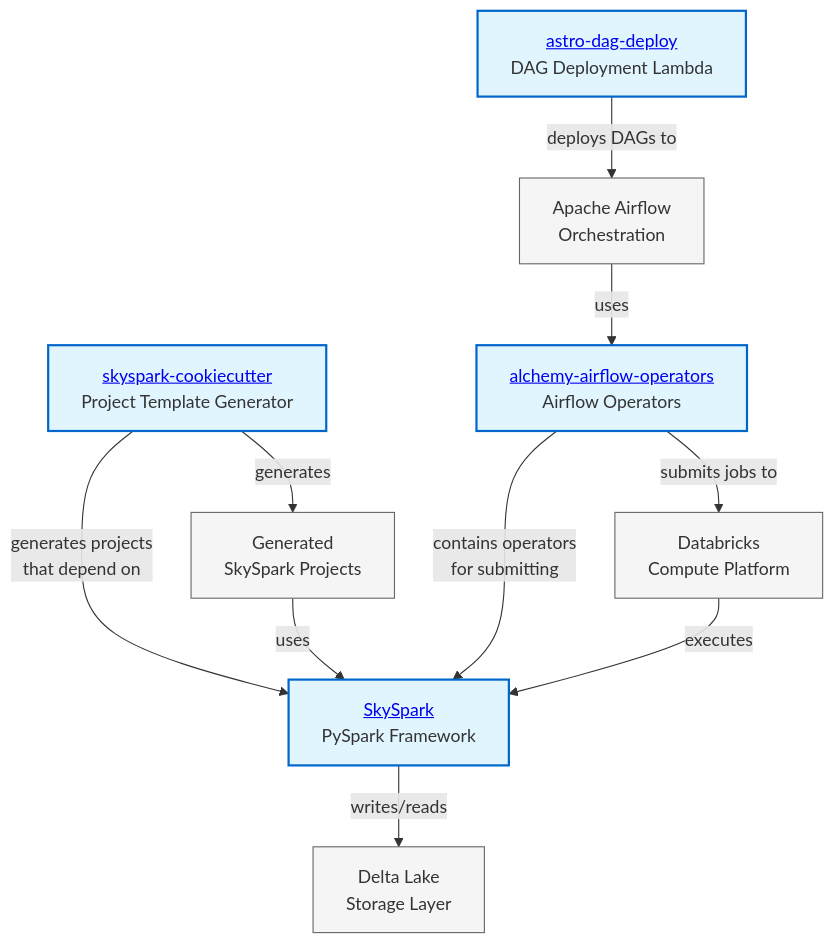
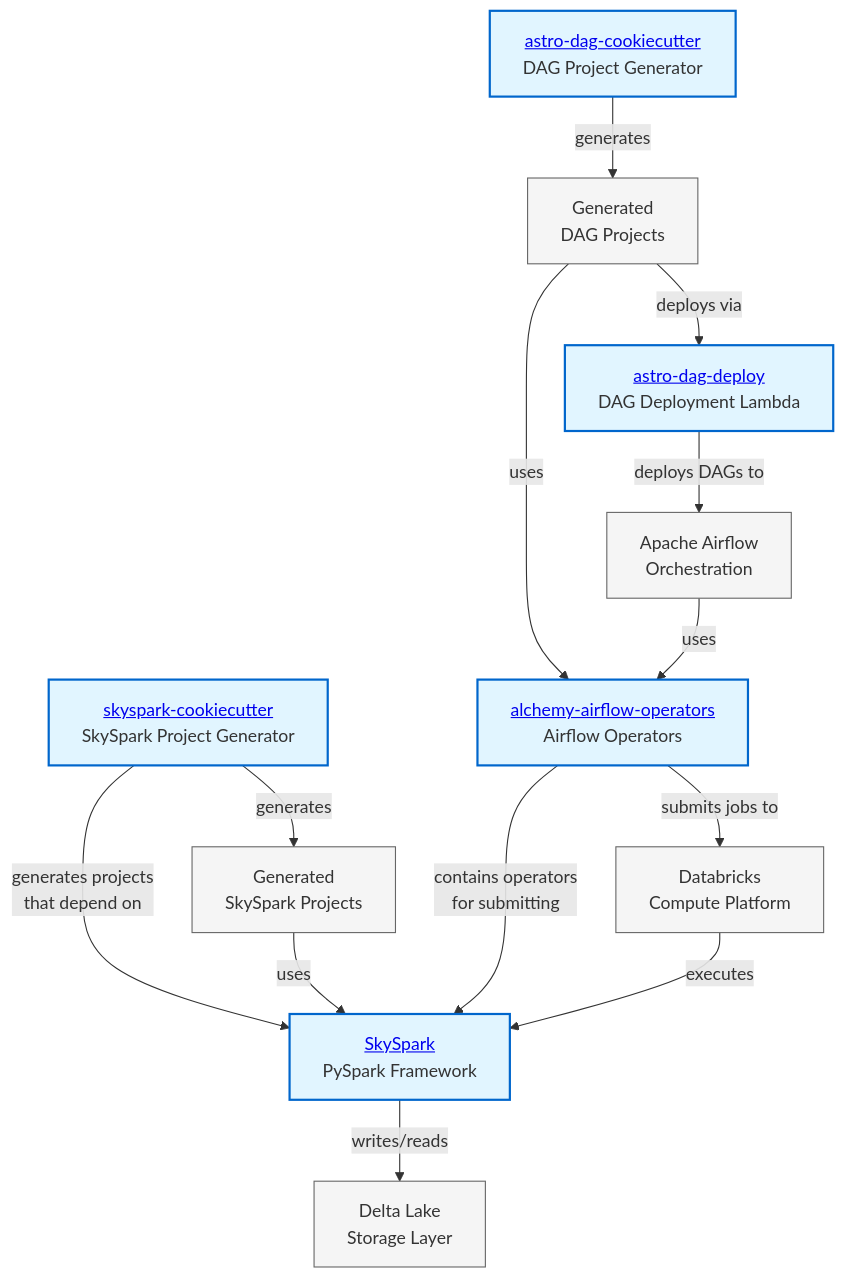
One commit to GC1-dev/agentic-data-engineer changed the first of 3 diagrams in docs/migration/skyspark_architecture/SKYSCANNER_DATA_PLATFORM_ARCHITECTURE.md. Above: the diagram before and after it, drawn with Mermaid. The commit also changed other lines of this file and 7 other files, not shown here.

Commit message:
Add astro-dag-cookiecutter into picture

````diff
--- a/docs/migration/skyspark_architecture/SKYSCANNER_DATA_PLATFORM_ARCHITECTURE.md
+++ b/docs/migration/skyspark_architecture/SKYSCANNER_DATA_PLATFORM_ARCHITECTURE.md
@@ -20,28 +21,33 @@
 ```mermaid
 graph TB
-    COOKIE["<a href='https://github.com/skyscanner/skyspark-cookiecutter'>skyspark-cookiecutter</a><br/>Project Template Generator"]
+    SKYSPARK_COOKIE["<a href='https://github.com/skyscanner/skyspark-cookiecutter'>skyspark-cookiecutter</a><br/>SkySpark Project Generator"]
+    ASTRO_COOKIE["<a href='https://github.com/skyscanner/astro-dag-cookiecutter'>astro-dag-cookiecutter</a><br/>DAG Project Generator"]
     SKYSPARK["<a href='https://github.com/skyscanner/skyspark'>SkySpark</a><br/>PySpark Framework"]
     ALCHEMY["<a href='https://github.com/skyscanner/alchemy-airflow-operators'>alchemy-airflow-operators</a><br/>Airflow Operators"]
     ASTRO["<a href='https://github.com/skyscanner/astro-dag-deploy'>astro-dag-deploy</a><br/>DAG Deployment Lambda"]
 
     DATABRICKS["Databricks<br/>Compute Platform"]
     AIRFLOW["Apache Airflow<br/>Orchestration"]
     DELTA["Delta Lake<br/>Storage Layer"]
-    PROJECTS["Generated<br/>SkySpark Projects"]
+    SKYSPARK_PROJECTS["Generated<br/>SkySpark Projects"]
+    DAG_PROJECTS["Generated<br/>DAG Projects"]
 
-    COOKIE -->|"generates projects<br/>that depend on"| SKYSPARK
-    COOKIE -->|generates| PROJECTS
-    PROJECTS -->|uses| SKYSPARK
+    SKYSPARK_COOKIE -->|"generates projects<br/>that depend on"| SKYSPARK
+    SKYSPARK_COOKIE -->|generates| SKYSPARK_PROJECTS
+    ASTRO_COOKIE -->|generates| DAG_PROJECTS
+    SKYSPARK_PROJECTS -->|uses| SKYSPARK
+    DAG_PROJECTS -->|uses| ALCHEMY
+    DAG_PROJECTS -->|"deploys via"| ASTRO
     ALCHEMY -->|"contains operators<br/>for submitting"| SKYSPARK
     ALCHEMY -->|"submits jobs to"| DATABRICKS
     ASTRO -->|"deploys DAGs to"| AIRFLOW
     AIRFLOW -->|uses| ALCHEMY
     DATABRICKS -->|executes| SKYSPARK
     SKYSPARK -->|"writes/reads"| DELTA
 
     classDef repo fill:#e1f5ff,stroke:#0066cc,stroke-width:2px
     classDef platform fill:#f5f5f5,stroke:#666,stroke-width:1px
 
-    class COOKIE,SKYSPARK,ALCHEMY,ASTRO repo
-    class DATABRICKS,AIRFLOW,DELTA,PROJECTS platform
+    class SKYSPARK_COOKIE,ASTRO_COOKIE,SKYSPARK,ALCHEMY,ASTRO repo
+    class DATABRICKS,AIRFLOW,DELTA,SKYSPARK_PROJECTS,DAG_PROJECTS platform
 ```
````
